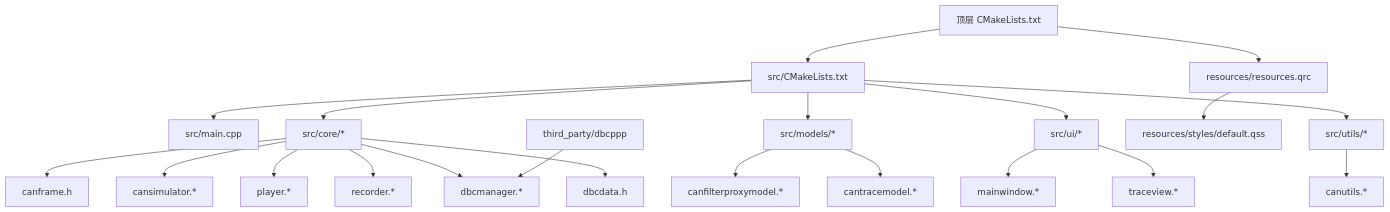
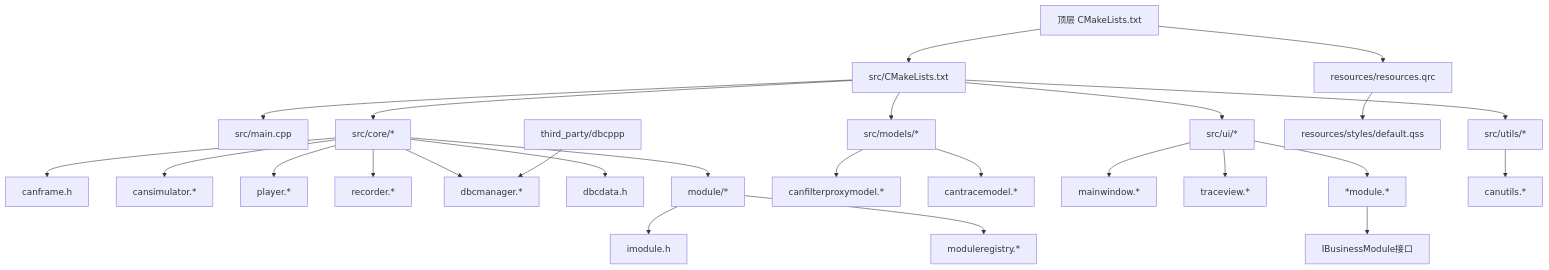
The first of 7 diagrams in .qoder/repowiki/zh/content/核心模块详解/核心模块详解.md (jakecai1225-design/OpenBus), drawn with Mermaid before and after one commit. The commit also changed other lines of this file and 177 other files, not shown here.

````diff
--- a/.qoder/repowiki/zh/content/核心模块详解/核心模块详解.md
+++ b/.qoder/repowiki/zh/content/核心模块详解/核心模块详解.md
@@ -72,23 +80,28 @@
 ```mermaid
 graph TB
 A["顶层 CMakeLists.txt"] --> B["src/CMakeLists.txt"]
 B --> C["src/main.cpp"]
 B --> D["src/core/*"]
 B --> E["src/models/*"]
 B --> F["src/ui/*"]
 B --> G["src/utils/*"]
 A --> H["resources/resources.qrc"]
 H --> I["resources/styles/default.qss"]
 D --> J["canframe.h"]
 D --> K["cansimulator.*"]
 D --> L["player.*"]
 D --> M["recorder.*"]
 D --> N["dbcmanager.*"]
 D --> O["dbcdata.h"]
-E --> P["canfilterproxymodel.*"]
-E --> Q["cantracemodel.*"]
-F --> R["mainwindow.*"]
-F --> S["traceview.*"]
-G --> T["canutils.*"]
-U["third_party/dbcppp"] --> N
+D --> P["module/*"]
+E --> Q["canfilterproxymodel.*"]
+E --> R["cantracemodel.*"]
+F --> S["mainwindow.*"]
+F --> T["traceview.*"]
+F --> U["*module.*"]
+G --> V["canutils.*"]
+W["third_party/dbcppp"] --> N
+P --> X["imodule.h"]
+P --> Y["moduleregistry.*"]
+U --> Z["IBusinessModule接口"]
 ```
````
